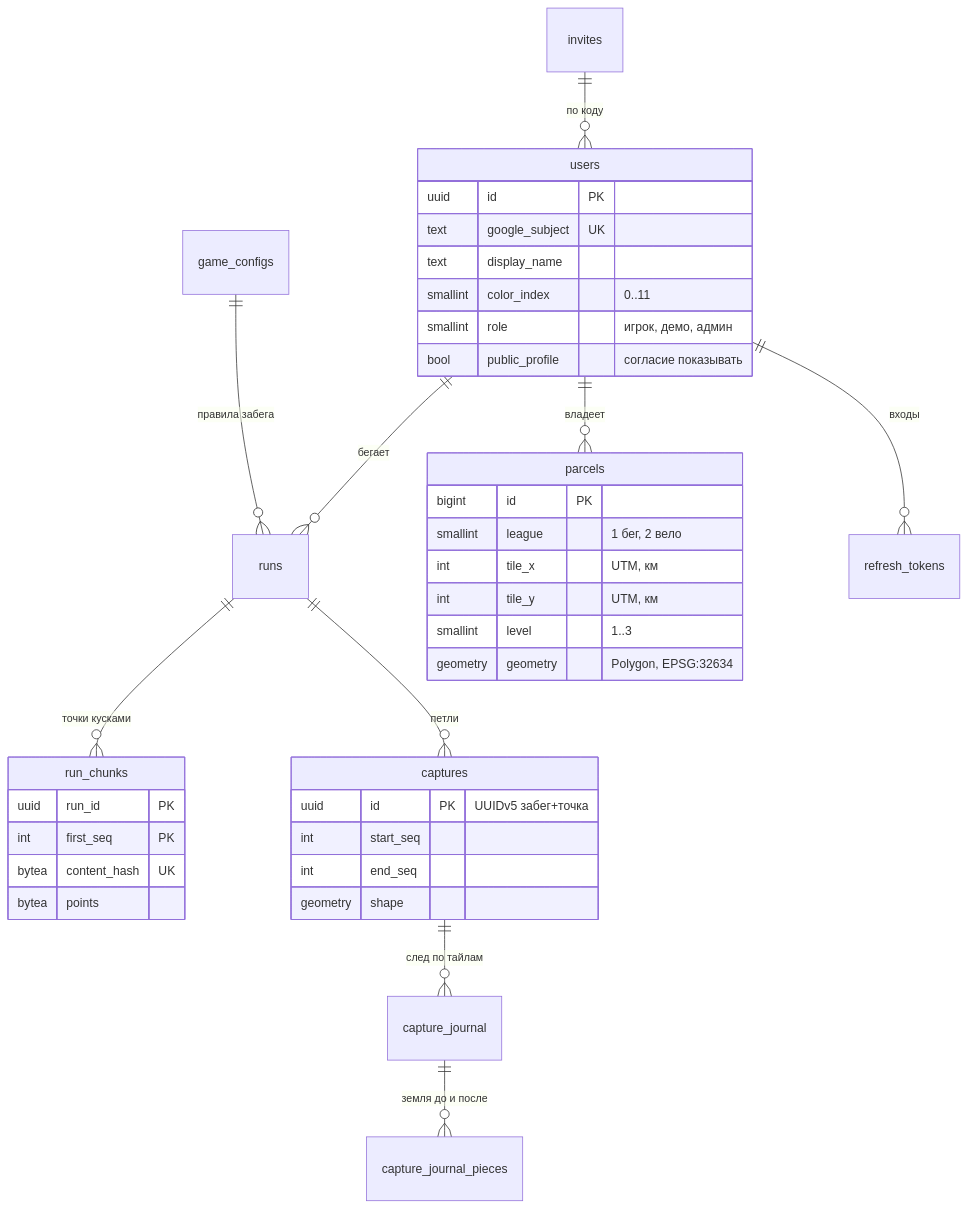
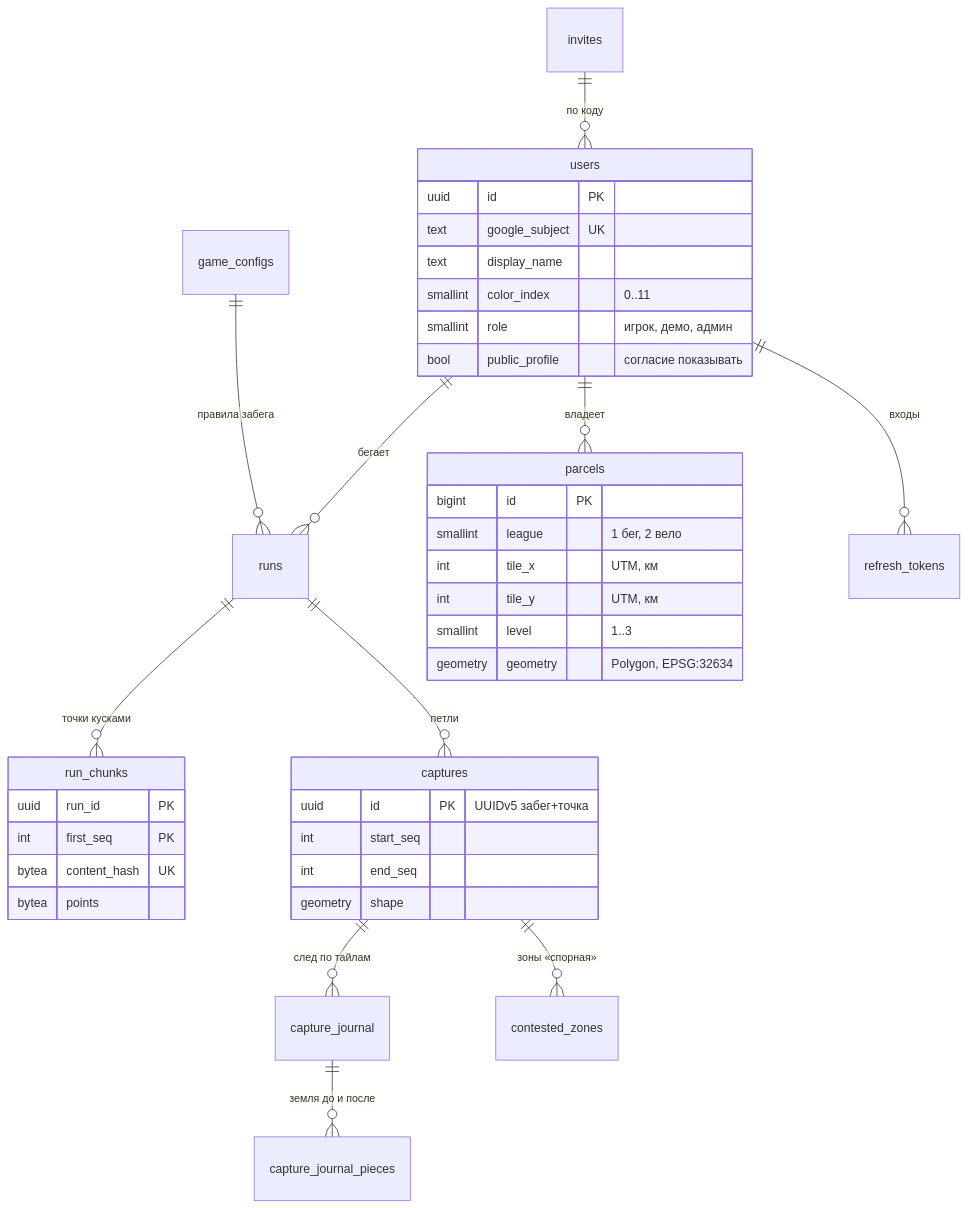
One commit to Nikich196/gorodki changed the diagram in docs/architecture/data-model.md. Above: the diagram before and after it, drawn with Mermaid. The commit also changed other lines of this file and 8 other files, not shown here.

First line of the commit message:
docs: зоны «спорная» отдельным слоем, остаток visitedParcels принят, отчёт

````diff
--- a/docs/architecture/data-model.md
+++ b/docs/architecture/data-model.md
@@ -7,40 +7,41 @@
 ```mermaid
 erDiagram
     users ||--o{ runs : "бегает"
     users ||--o{ parcels : "владеет"
     game_configs ||--o{ runs : "правила забега"
     runs ||--o{ run_chunks : "точки кусками"
     runs ||--o{ captures : "петли"
     captures ||--o{ capture_journal : "след по тайлам"
     capture_journal ||--o{ capture_journal_pieces : "земля до и после"
+    captures ||--o{ contested_zones : "зоны «спорная»"
     invites ||--o{ users : "по коду"
     users ||--o{ refresh_tokens : "входы"
     users {
         uuid id PK
         text google_subject UK
         text display_name
         smallint color_index "0..11"
         smallint role "игрок, демо, админ"
         bool public_profile "согласие показывать"
     }
     parcels {
         bigint id PK
         smallint league "1 бег, 2 вело"
         int tile_x "UTM, км"
         int tile_y "UTM, км"
         smallint level "1..3"
         geometry geometry "Polygon, EPSG:32634"
     }
     captures {
         uuid id PK "UUIDv5 забег+точка"
         int start_seq
         int end_seq
         geometry shape
     }
     run_chunks {
         uuid run_id PK
         int first_seq PK
         bytea content_hash UK
         bytea points
     }
 ```
````
